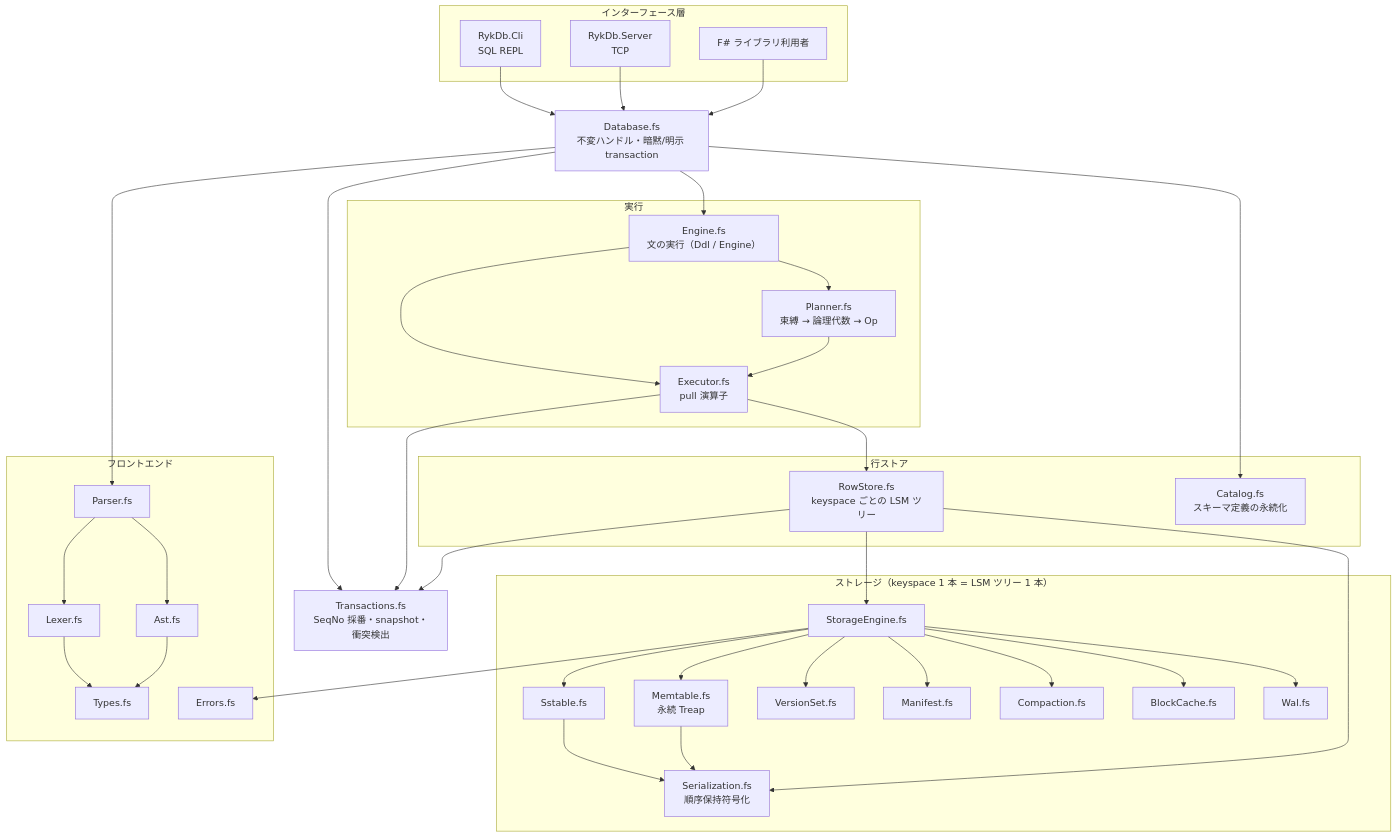
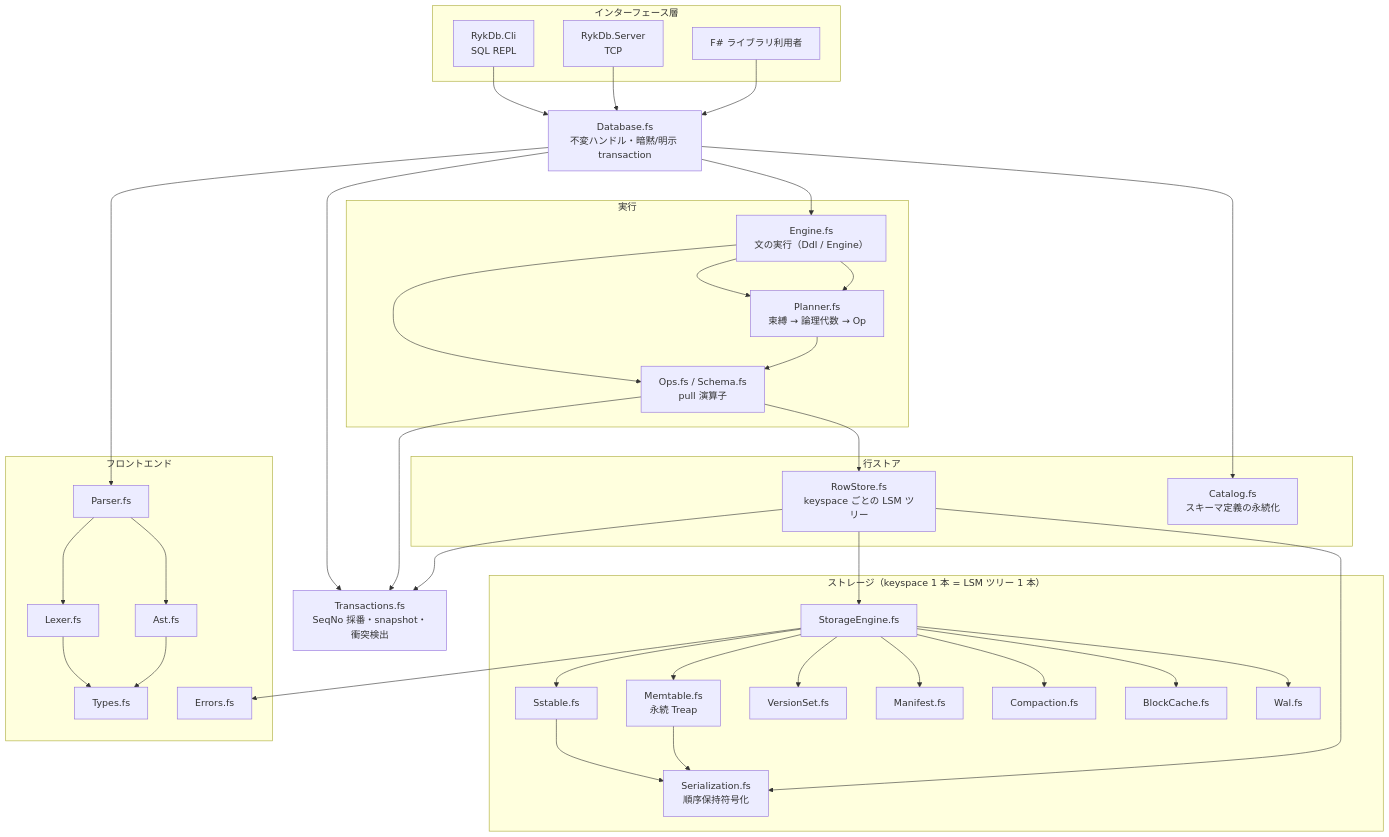
The first of 2 diagrams in docs/architecture.md (nwtks/rykdb), drawn with Mermaid before and after one commit. The commit also changed other lines of this file and 18 other files, not shown here.

Commit message:
Refactor: split Executor.fs into Schema/Eval/Ops/ExecContext/DmlOps modules, convert ExecContext instance methods to module functions, move openWith to static member, convert `>>=` chains to `result` expressions, and relocate helpers closer to usage

````diff
--- a/docs/architecture.md
+++ b/docs/architecture.md
@@ -30,73 +30,74 @@
 ```mermaid
 flowchart TB
     subgraph IF["インターフェース層"]
         CLI["RykDb.Cli<br/>SQL REPL"]
         SRV["RykDb.Server<br/>TCP"]
         LIB["F# ライブラリ利用者"]
     end
 
     DB["Database.fs<br/>不変ハンドル・暗黙/明示 transaction"]
 
     subgraph EX["実行"]
         EN["Engine.fs<br/>文の実行（Ddl / Engine）"]
         PL["Planner.fs<br/>束縛 → 論理代数 → Op"]
-        EXE["Executor.fs<br/>pull 演算子"]
+        OPS["Ops.fs / Schema.fs<br/>pull 演算子"]
     end
 
     subgraph ROW["行ストア"]
         RS["RowStore.fs<br/>keyspace ごとの LSM ツリー"]
         CAT["Catalog.fs<br/>スキーマ定義の永続化"]
     end
 
     MVCC["Transactions.fs<br/>SeqNo 採番・snapshot・衝突検出"]
 
     subgraph ST["ストレージ（keyspace 1 本 = LSM ツリー 1 本）"]
         SE["StorageEngine.fs"]
         MEM["Memtable.fs<br/>永続 Treap"]
         SST["Sstable.fs"]
         VS["VersionSet.fs"]
         MF["Manifest.fs"]
         CO["Compaction.fs"]
         BC["BlockCache.fs"]
         WAL["Wal.fs"]
         SER["Serialization.fs<br/>順序保持符号化"]
     end
 
     subgraph FE["フロントエンド"]
         P["Parser.fs"]
         L["Lexer.fs"]
         A["Ast.fs"]
         T["Types.fs"]
         E["Errors.fs"]
     end
 
     CLI --> DB
     SRV --> DB
     LIB --> DB
     DB --> EN
     DB --> CAT
     DB --> MVCC
     EN --> PL
-    EN --> EXE
-    PL --> EXE
-    EXE --> RS
-    EXE --> MVCC
+    EN --> PL
+    EN --> OPS
+    PL --> OPS
+    OPS --> RS
+    OPS --> MVCC
     RS --> SE
     RS --> MVCC
     SE --> MEM
     SE --> SST
     SE --> VS
     SE --> MF
     SE --> CO
     SE --> BC
     SE --> WAL
     SST --> SER
     MEM --> SER
     RS --> SER
     DB --> P
     P --> L
     P --> A
     L --> T
     A --> T
     SE --> E
 ```
````
